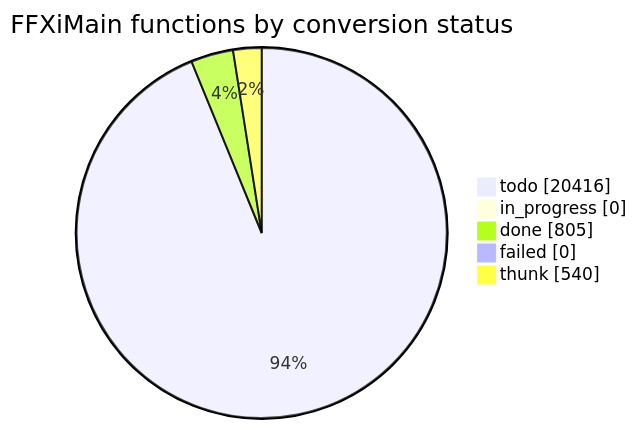
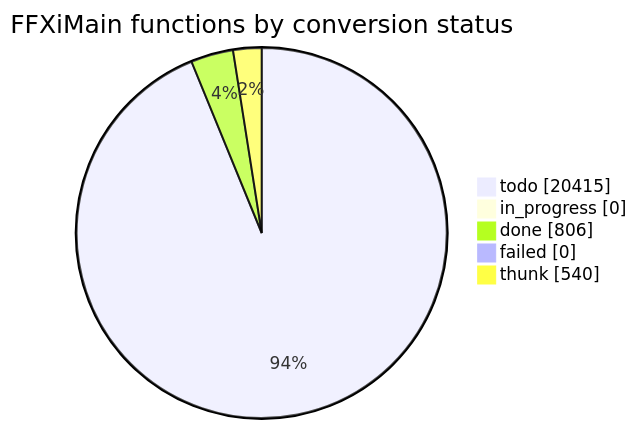
Before and after one commit to cowrevenge/cow_kuluu_xi_anything: the diagram in docs/cow/STATUS.md, drawn with Mermaid. The commit also changed other lines of this file and 9 other files, not shown here.

````diff
--- a/docs/cow/STATUS.md
+++ b/docs/cow/STATUS.md
@@ -18,9 +18,9 @@
 ```mermaid
 pie showData
     title FFXiMain functions by conversion status
-    "todo" : 20416
+    "todo" : 20415
     "in_progress" : 0
-    "done" : 805
+    "done" : 806
     "failed" : 0
     "thunk" : 540
 ```
````
